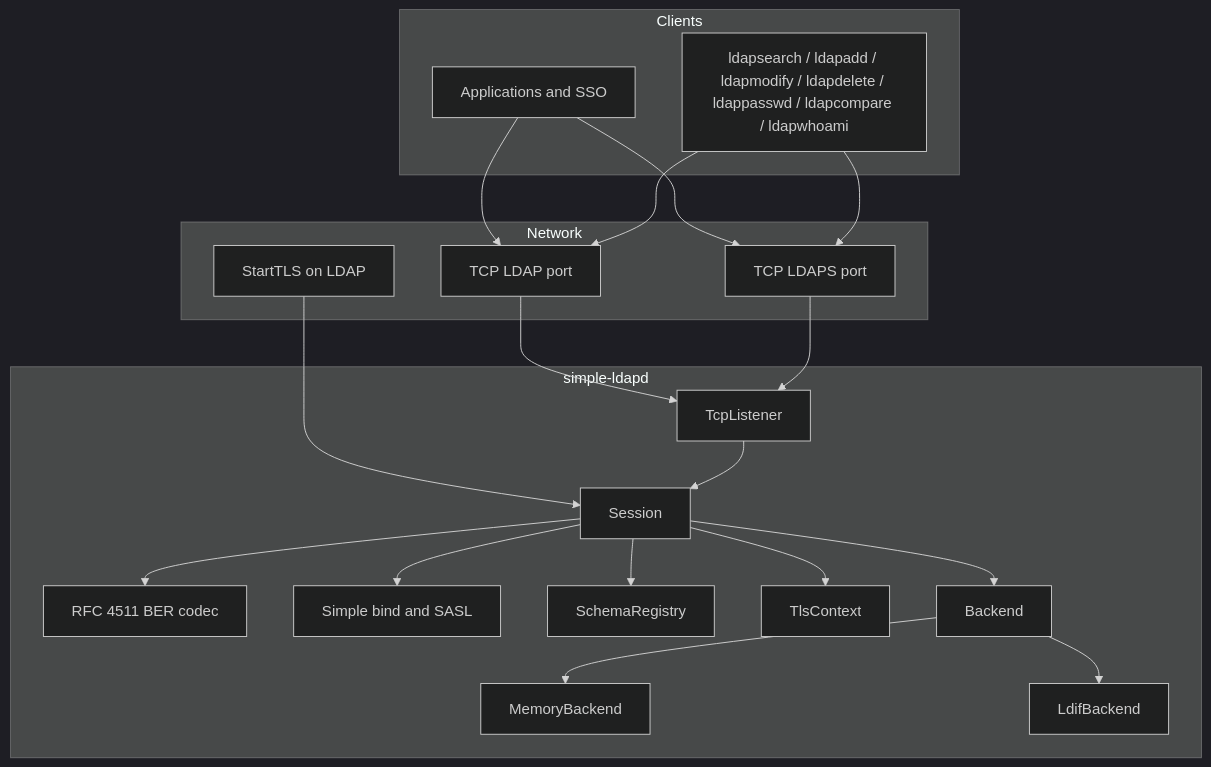
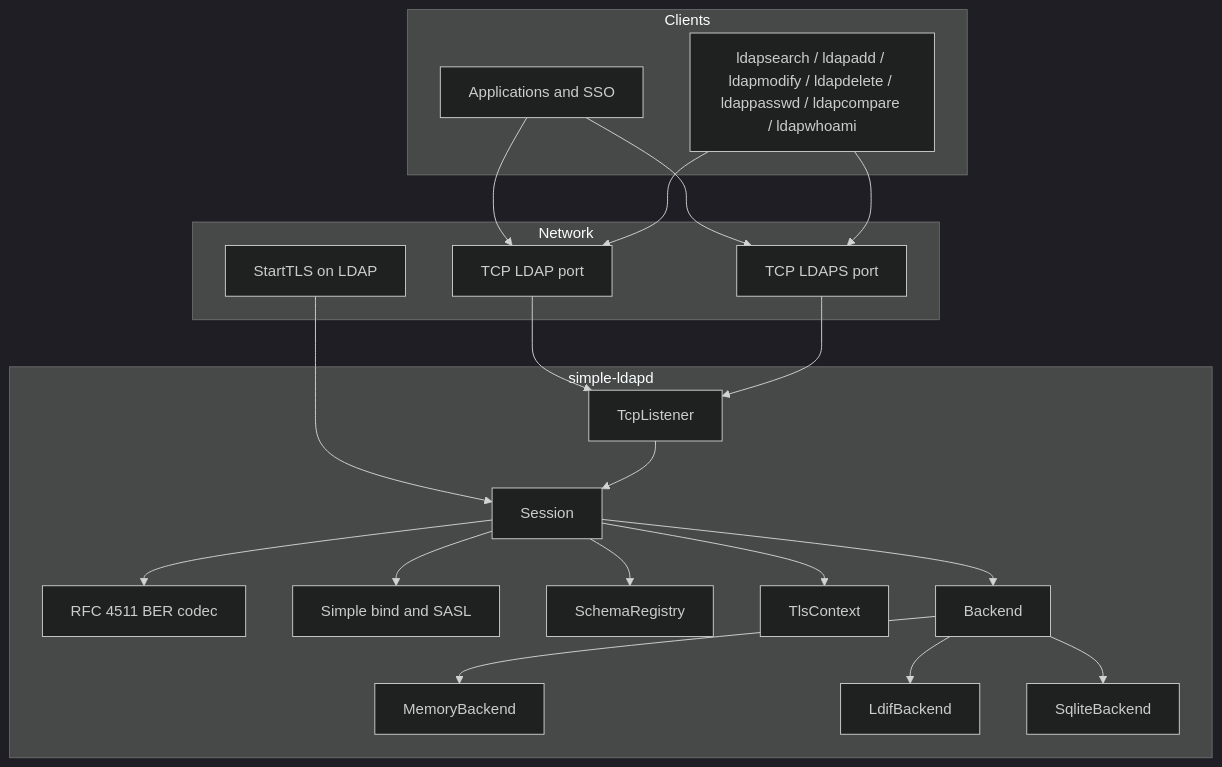
The diagram in docs/diagrams/architecture.md (SimpleDaemons/simple-ldapd), drawn with Mermaid (dark theme) before and after one commit. The commit also changed other lines of this file and 27 other files, not shown here.

First line of the commit message:
docs: cut v0.14.0 for SQLite backend

````diff
--- a/docs/diagrams/architecture.md
+++ b/docs/diagrams/architecture.md
@@ -5,41 +5,43 @@
 ```mermaid
 flowchart TB
   subgraph clients [Clients]
     Apps[Applications and SSO]
     CLI["ldapsearch / ldapadd / ldapmodify / ldapdelete / ldappasswd / ldapcompare / ldapwhoami"]
   end
 
   subgraph net [Network]
     LDAP["TCP LDAP port"]
     LDAPS["TCP LDAPS port"]
     STLS[StartTLS on LDAP]
   end
 
   subgraph daemon [simple-ldapd]
     Listener[TcpListener]
     Session[Session]
     Codec[RFC 4511 BER codec]
     Auth[Simple bind and SASL]
     Schema[SchemaRegistry]
     TLS[TlsContext]
     BackendAPI[Backend]
     Mem[MemoryBackend]
     Ldif[LdifBackend]
+    Sqlite[SqliteBackend]
   end
 
   Apps --> LDAP
   Apps --> LDAPS
   CLI --> LDAP
   CLI --> LDAPS
   LDAP --> Listener
   LDAPS --> Listener
   STLS --> Session
   Listener --> Session
   Session --> Codec
   Session --> Auth
   Session --> Schema
   Session --> TLS
   Session --> BackendAPI
   BackendAPI --> Mem
   BackendAPI --> Ldif
+  BackendAPI --> Sqlite
 ```
````
